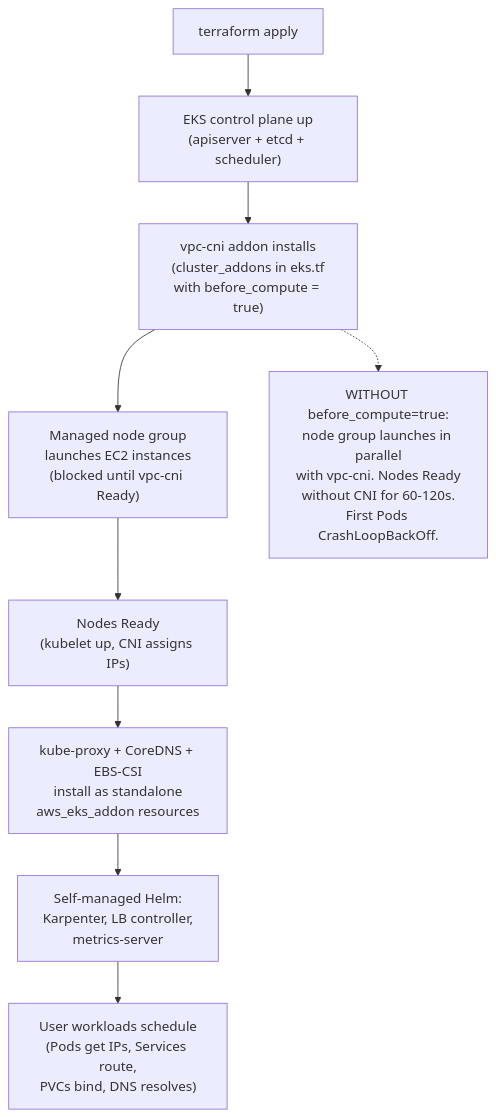
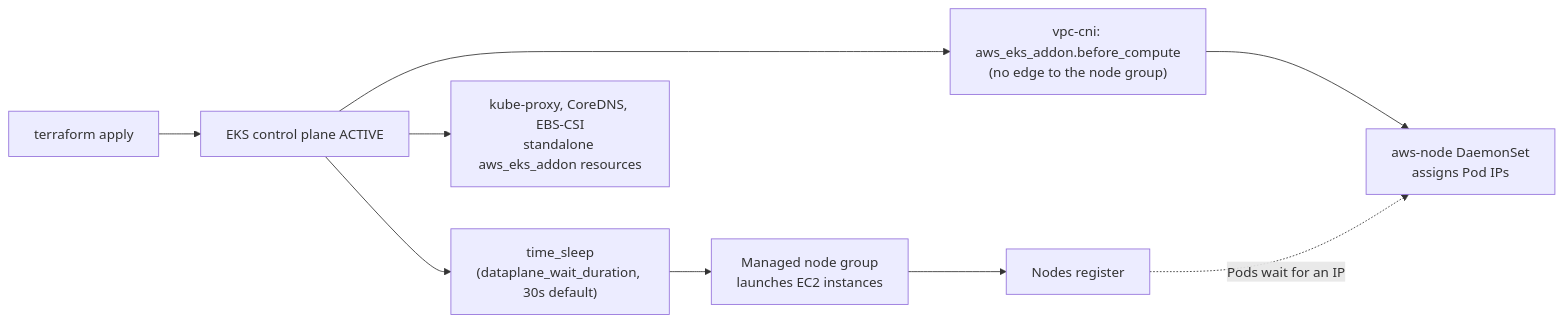
One commit to abd-ulbasit/bookstore-kubernetes-guide changed the diagram in full-guide/14-eks-in-production-a-to-z/03-eks-addon-management.md. Above: the diagram before and after it, drawn with Mermaid. The commit also changed other lines of this file and 2 other files, not shown here.

First line of the commit message:
14.03: correct before_compute ordering and resolve-conflicts behavior

````diff
--- a/full-guide/14-eks-in-production-a-to-z/03-eks-addon-management.md
+++ b/full-guide/14-eks-in-production-a-to-z/03-eks-addon-management.md
@@ -237,16 +250,11 @@
 ```mermaid
-flowchart TB
-    tfa["terraform apply"]
-    cp["EKS control plane up<br/>(apiserver + etcd + scheduler)"]
-    vpc["vpc-cni addon installs<br/>(cluster_addons in eks.tf<br/>with before_compute = true)"]
-    ng["Managed node group<br/>launches EC2 instances<br/>(blocked until vpc-cni Ready)"]
-    nready["Nodes Ready<br/>(kubelet up, CNI assigns IPs)"]
-    addons["kube-proxy + CoreDNS + EBS-CSI<br/>install as standalone<br/>aws_eks_addon resources"]
-    karp["Self-managed Helm:<br/>Karpenter, LB controller,<br/>metrics-server"]
-    workloads["User workloads schedule<br/>(Pods get IPs, Services route,<br/>PVCs bind, DNS resolves)"]
-
-    tfa --> cp --> vpc --> ng --> nready --> addons --> karp --> workloads
-
-    note["WITHOUT before_compute=true:<br/>node group launches in parallel<br/>with vpc-cni. Nodes Ready<br/>without CNI for 60-120s.<br/>First Pods CrashLoopBackOff."]
-    vpc -.-> note
+flowchart LR
+    tfa["terraform apply"] --> cp["EKS control plane ACTIVE"]
+    cp --> gap["time_sleep<br/>(dataplane_wait_duration, 30s default)"]
+    gap --> ng["Managed node group<br/>launches EC2 instances"]
+    ng --> reg["Nodes register"]
+    cp --> vpc["vpc-cni: aws_eks_addon.before_compute<br/>(no edge to the node group)"]
+    vpc --> cni["aws-node DaemonSet<br/>assigns Pod IPs"]
+    reg -.->|"Pods wait for an IP"| cni
+    cp --> addons["kube-proxy, CoreDNS, EBS-CSI<br/>standalone aws_eks_addon resources"]
 ```
````
